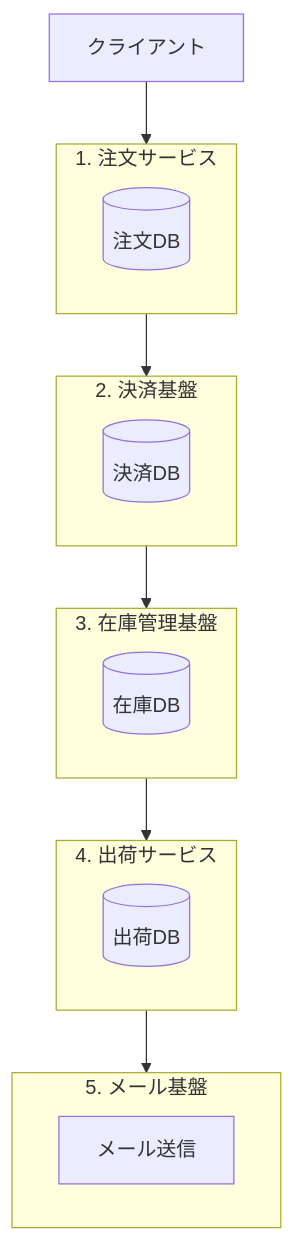
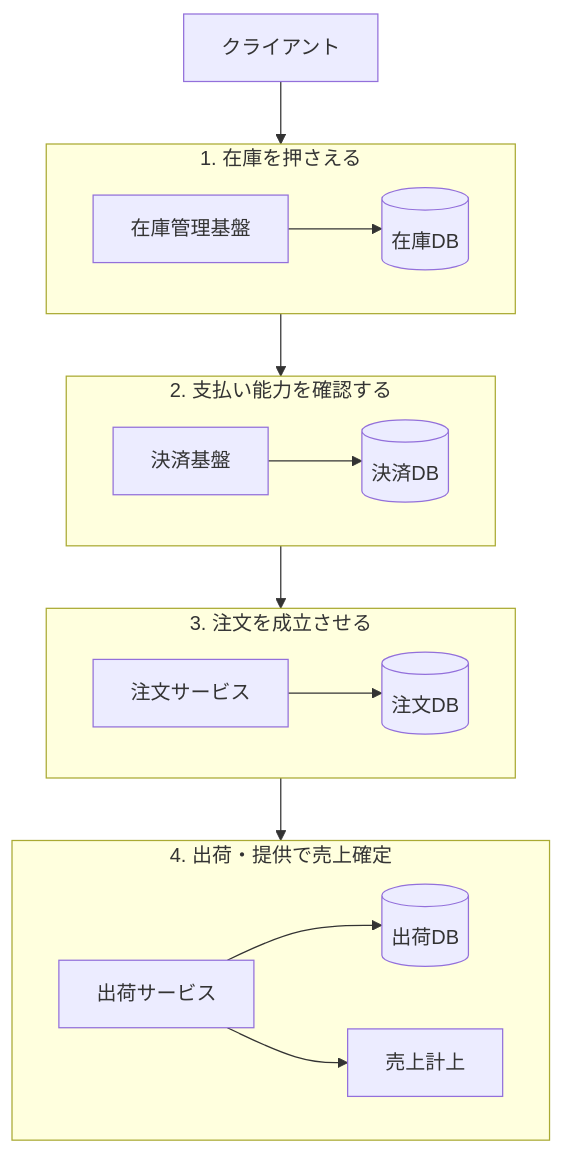
The first of 2 diagrams in articles/ec803bd95ceb09.md (mizukendesu/zenn-content), drawn with Mermaid before and after one commit. The commit also changed other lines of this file, not shown here.

````diff
--- a/articles/ec803bd95ceb09.md
+++ b/articles/ec803bd95ceb09.md
@@ -89,32 +78,36 @@
 ```mermaid
 flowchart TB
-  Client[クライアント] --> order
+  Client[クライアント] --> S1
 
-  subgraph order ["1. 注文サービス"]
-    orderDB[(注文DB)]
+  subgraph S1 ["1. 在庫を押さえる"]
+    Inv[在庫管理基盤]
+    InvDB[(在庫DB)]
+    Inv --> InvDB
   end
 
-  order --> payment
+  S1 --> S2
 
-  subgraph payment ["2. 決済基盤"]
-    paymentDB[(決済DB)]
+  subgraph S2 ["2. 支払い能力を確認する"]
+    Pay[決済基盤]
+    PayDB[(決済DB)]
+    Pay --> PayDB
   end
 
-  payment --> inventory
+  S2 --> S3
 
-  subgraph inventory ["3. 在庫管理基盤"]
-    inventoryDB[(在庫DB)]
+  subgraph S3 ["3. 注文を成立させる"]
+    Order[注文サービス]
+    OrderDB[(注文DB)]
+    Order --> OrderDB
   end
 
-  inventory --> shipping
+  S3 --> S4
 
-  subgraph shipping ["4. 出荷サービス"]
-    shippingDB[(出荷DB)]
-  end
-
-  shipping --> notification
-
-  subgraph notification ["5. メール基盤"]
-    mail[メール送信]
+  subgraph S4 ["4. 出荷・提供で売上確定"]
+    Ship[出荷サービス]
+    Rev[売上計上]
+    ShipDB[(出荷DB)]
+    Ship --> ShipDB
+    Ship --> Rev
   end
 ```
````
